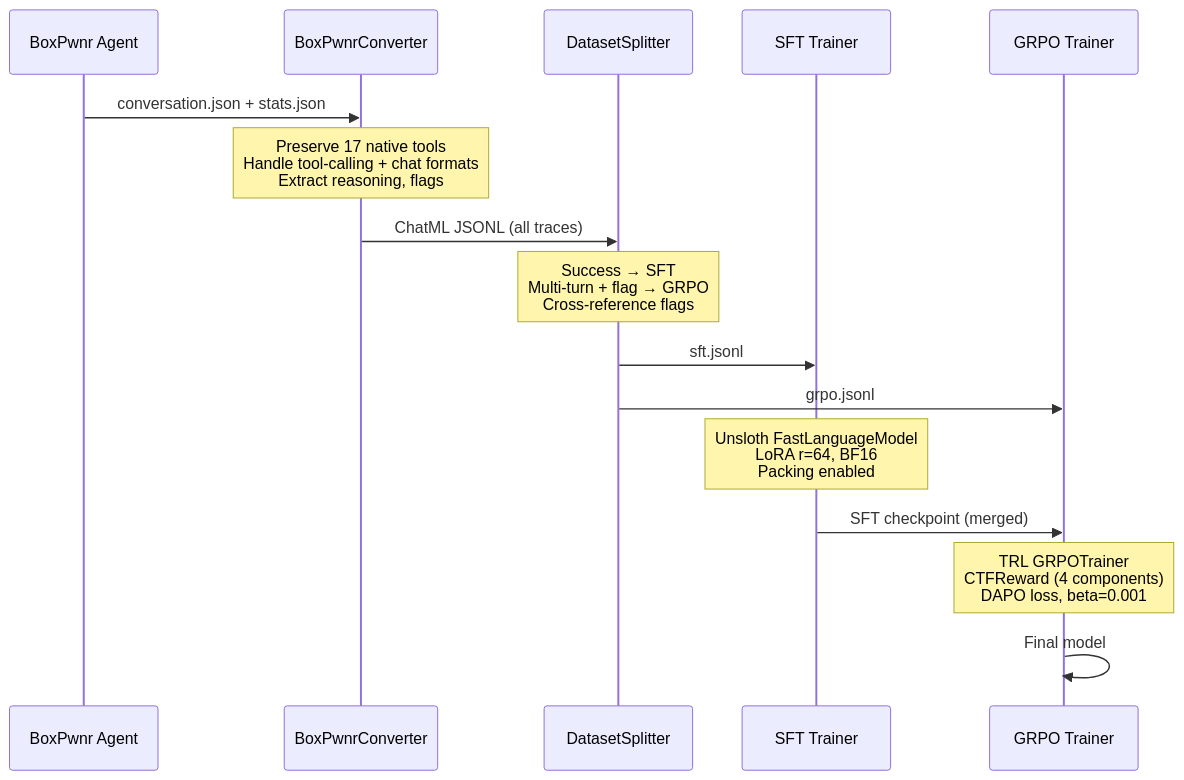
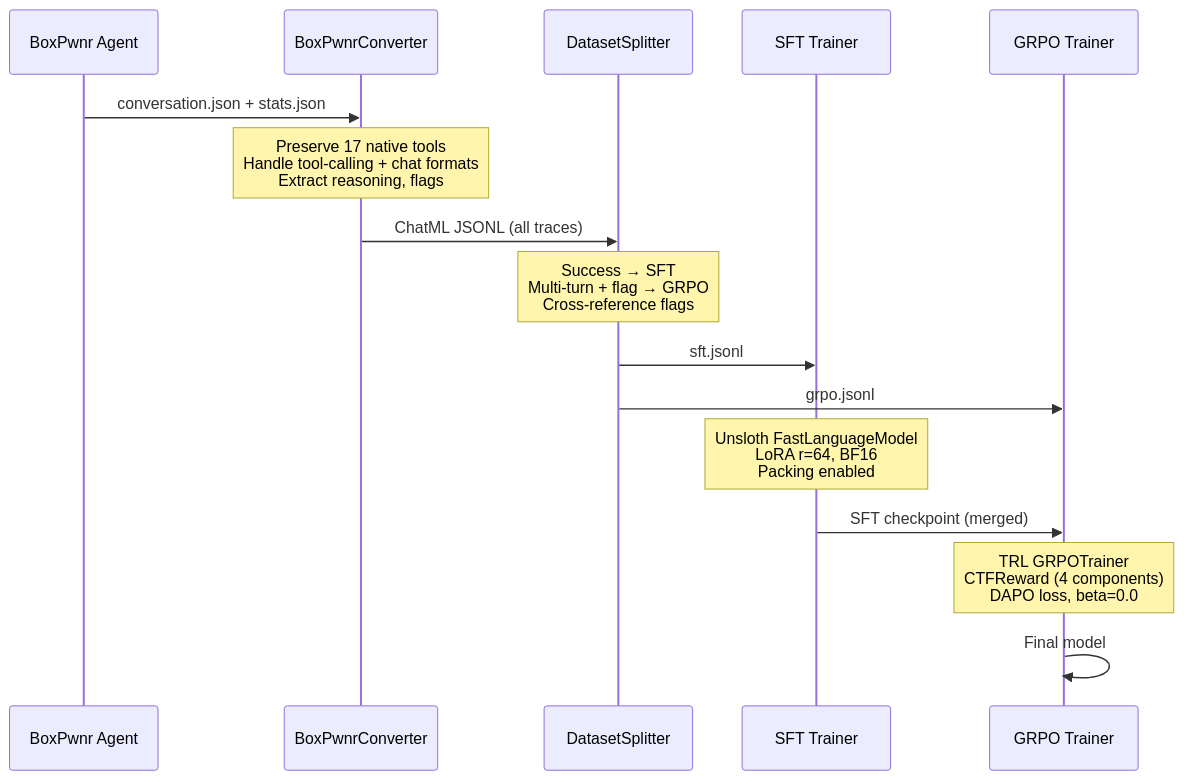
One commit to westonbrown/open-ctf-env changed the third of 12 diagrams in docs/architecture.md. Above: the diagram before and after it, drawn with Mermaid. The commit also changed other lines of this file and 16 other files, not shown here.

````diff
--- a/docs/architecture.md
+++ b/docs/architecture.md
@@ -89,22 +89,22 @@
 ```mermaid
 sequenceDiagram
     participant BP as BoxPwnr Agent
     participant Conv as BoxPwnrConverter
     participant Split as DatasetSplitter
     participant SFT as SFT Trainer
     participant GRPO as GRPO Trainer
 
     BP->>Conv: conversation.json + stats.json
     Note over Conv: Preserve 17 native tools<br/>Handle tool-calling + chat formats<br/>Extract reasoning, flags
     Conv->>Split: ChatML JSONL (all traces)
 
     Note over Split: Success → SFT<br/>Multi-turn + flag → GRPO<br/>Cross-reference flags
     Split->>SFT: sft.jsonl
     Split->>GRPO: grpo.jsonl
 
     Note over SFT: Unsloth FastLanguageModel<br/>LoRA r=64, BF16<br/>Packing enabled
     SFT->>GRPO: SFT checkpoint (merged)
 
-    Note over GRPO: TRL GRPOTrainer<br/>CTFReward (4 components)<br/>DAPO loss, beta=0.001
+    Note over GRPO: TRL GRPOTrainer<br/>CTFReward (4 components)<br/>DAPO loss, beta=0.0
     GRPO->>GRPO: Final model
 ```
````
